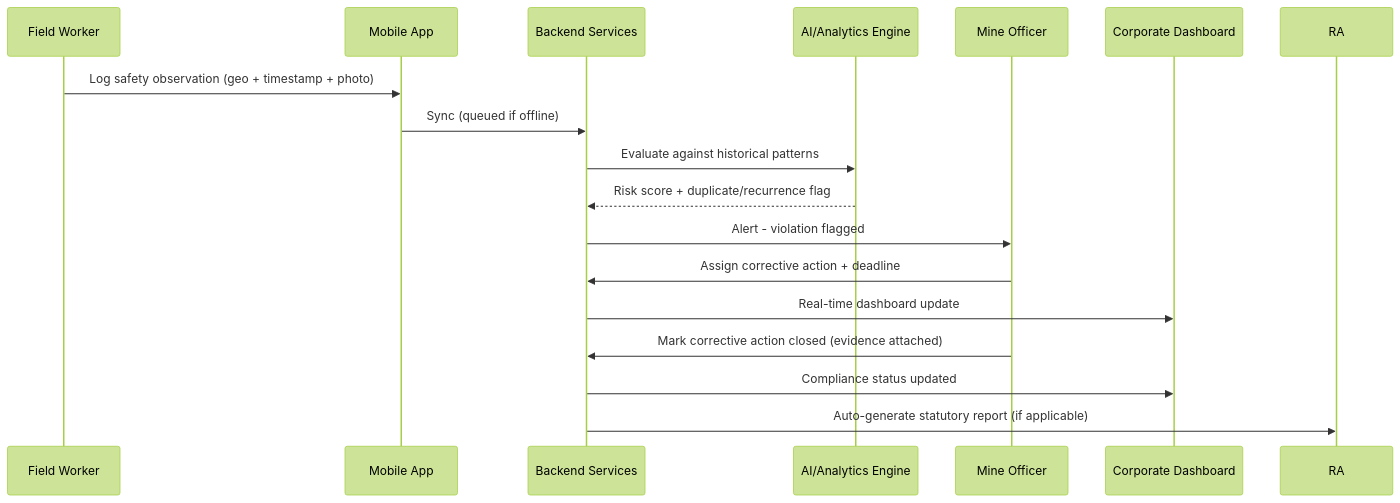
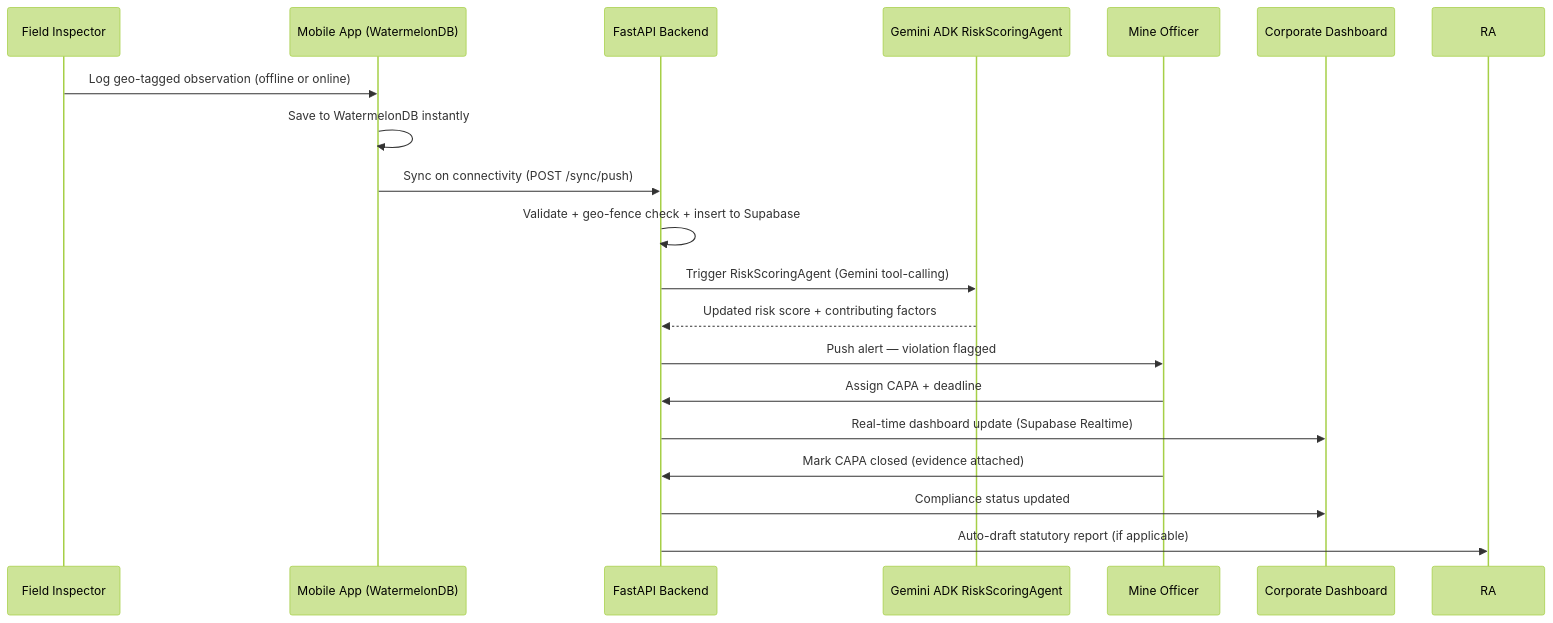
The fourth of 8 diagrams in docs/Product Brief.md (Coalmast/SIH2k26-1), drawn with Mermaid (forest theme) before and after one commit. The commit also changed other lines of this file and 25 other files, not shown here.

````diff
--- a/docs/Product Brief.md
+++ b/docs/Product Brief.md
@@ -164,20 +189,22 @@
 ```mermaid
 sequenceDiagram
-    participant FW as Field Worker
-    participant App as Mobile App
-    participant SVC as Backend Services
-    participant AI as AI/Analytics Engine
+    participant FW as Field Inspector
+    participant App as Mobile App (WatermelonDB)
+    participant SVC as FastAPI Backend
+    participant AI as Gemini ADK RiskScoringAgent
     participant MO as Mine Officer
     participant CM as Corporate Dashboard
 
-    FW->>App: Log safety observation (geo + timestamp + photo)
-    App->>SVC: Sync (queued if offline)
-    SVC->>AI: Evaluate against historical patterns
-    AI-->>SVC: Risk score + duplicate/recurrence flag
-    SVC->>MO: Alert - violation flagged
-    MO->>SVC: Assign corrective action + deadline
-    SVC->>CM: Real-time dashboard update
-    MO->>SVC: Mark corrective action closed (evidence attached)
+    FW->>App: Log geo-tagged observation (offline or online)
+    App->>App: Save to WatermelonDB instantly
+    App->>SVC: Sync on connectivity (POST /sync/push)
+    SVC->>SVC: Validate + geo-fence check + insert to Supabase
+    SVC->>AI: Trigger RiskScoringAgent (Gemini tool-calling)
+    AI-->>SVC: Updated risk score + contributing factors
+    SVC->>MO: Push alert — violation flagged
+    MO->>SVC: Assign CAPA + deadline
+    SVC->>CM: Real-time dashboard update (Supabase Realtime)
+    MO->>SVC: Mark CAPA closed (evidence attached)
     SVC->>CM: Compliance status updated
-    SVC->>RA: Auto-generate statutory report (if applicable)
+    SVC->>RA: Auto-draft statutory report (if applicable)
 ```
````
